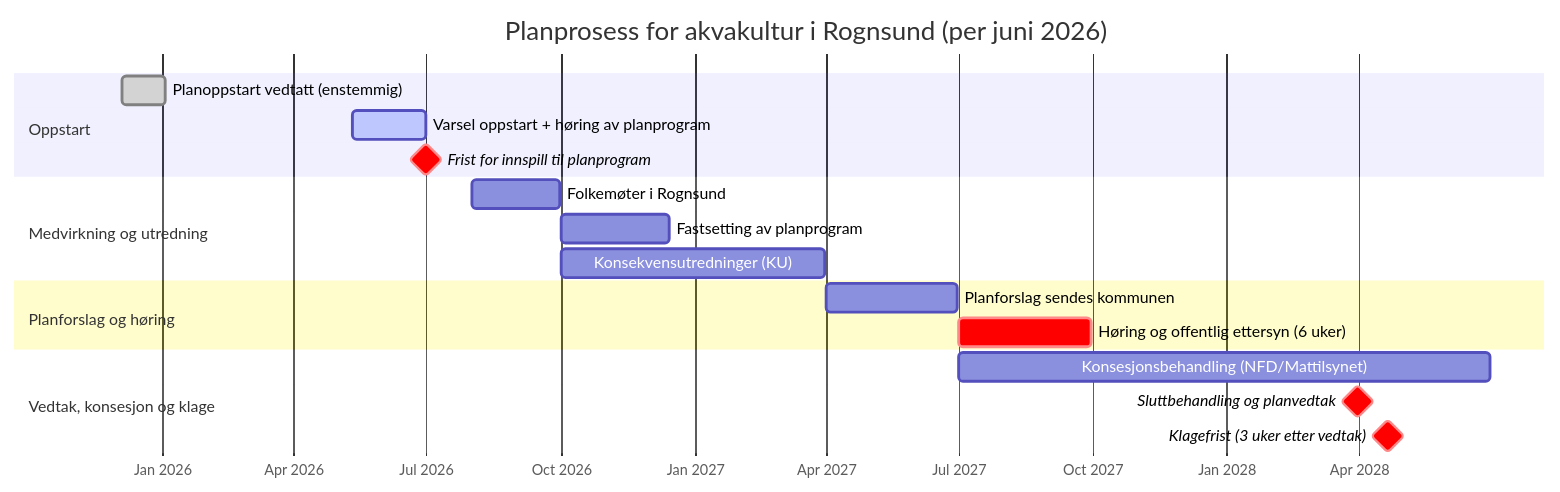
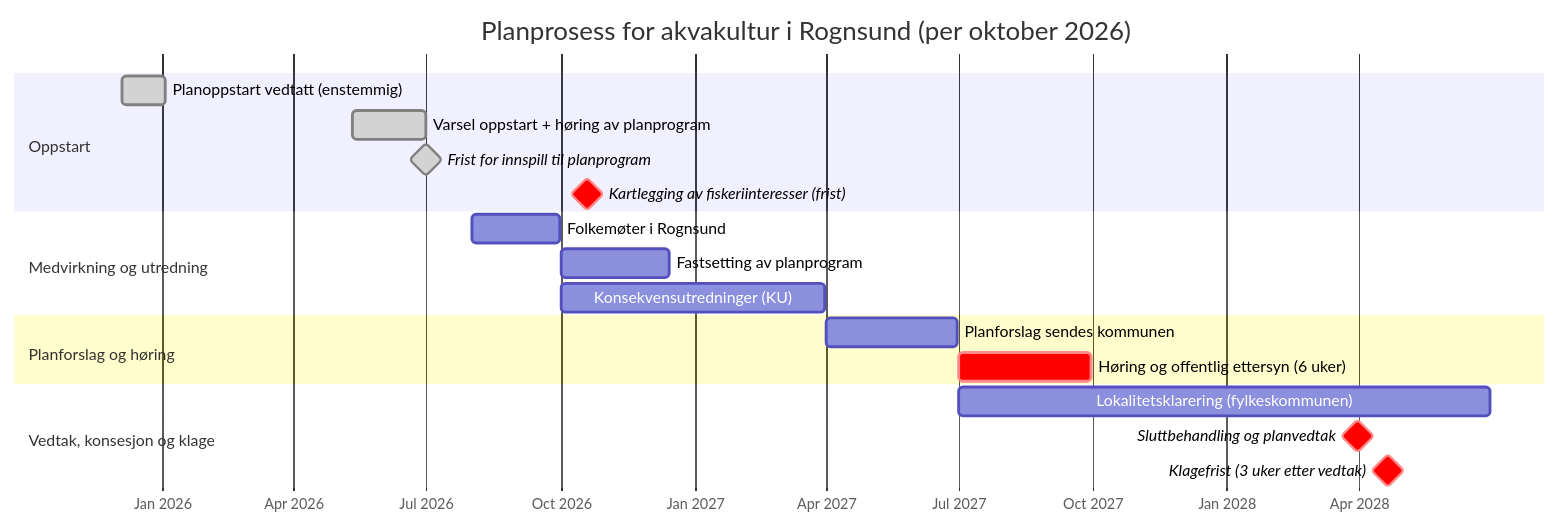
The diagram in Salmar_2026/PLAN-SAMMENSTILLING.md (egkristi/Rognsund_Oppdrett), drawn with Mermaid before and after one commit. The commit also changed other lines of this file and 53 other files, not shown here.

````diff
--- a/Salmar_2026/PLAN-SAMMENSTILLING.md
+++ b/Salmar_2026/PLAN-SAMMENSTILLING.md
@@ -609,21 +610,22 @@
 ```mermaid
 gantt
-    title Planprosess for akvakultur i Rognsund (per juni 2026)
+    title Planprosess for akvakultur i Rognsund (per oktober 2026)
     dateFormat YYYY-MM-DD
     axisFormat %b %Y
     section Oppstart
     Planoppstart vedtatt (enstemmig)         :done,    t1, 2025-12-04, 30d
-    Varsel oppstart + høring av planprogram   :active,  t2, 2026-05-11, 2026-07-01
-    Frist for innspill til planprogram        :crit, milestone, t3, 2026-07-01, 0d
+    Varsel oppstart + høring av planprogram   :done,    t2, 2026-05-11, 2026-07-01
+    Frist for innspill til planprogram        :done, milestone, t3, 2026-07-01, 0d
+    Kartlegging av fiskeriinteresser (frist)  :crit, milestone, t3b, 2026-10-19, 0d
     section Medvirkning og utredning
     Folkemøter i Rognsund                     :         t4, 2026-08-01, 2026-09-30
     Fastsetting av planprogram                :         t5, 2026-10-01, 2026-12-15
     Konsekvensutredninger (KU)                :         t6, 2026-10-01, 2027-03-31
     section Planforslag og høring
     Planforslag sendes kommunen               :         t7, 2027-04-01, 2027-06-30
     Høring og offentlig ettersyn (6 uker)     :crit,    t8, 2027-07-01, 2027-09-30
     section Vedtak, konsesjon og klage
-    Konsesjonsbehandling (NFD/Mattilsynet)    :         t9, 2027-07-01, 2028-06-30
+    Lokalitetsklarering (fylkeskommunen)      :         t9, 2027-07-01, 2028-06-30
     Sluttbehandling og planvedtak             :crit, milestone, t10, 2028-03-31, 0d
     Klagefrist (3 uker etter vedtak)          :crit, milestone, t11, 2028-04-21, 0d
 ```
````
